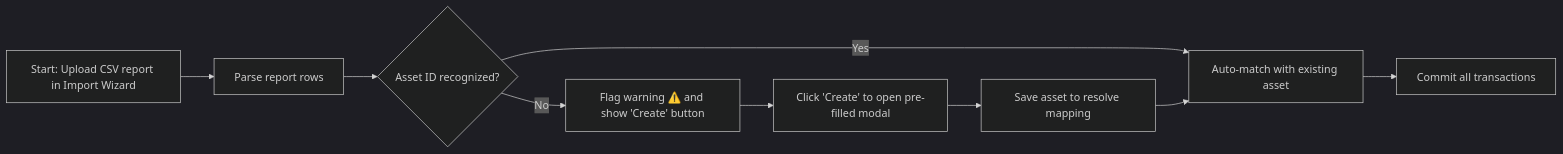
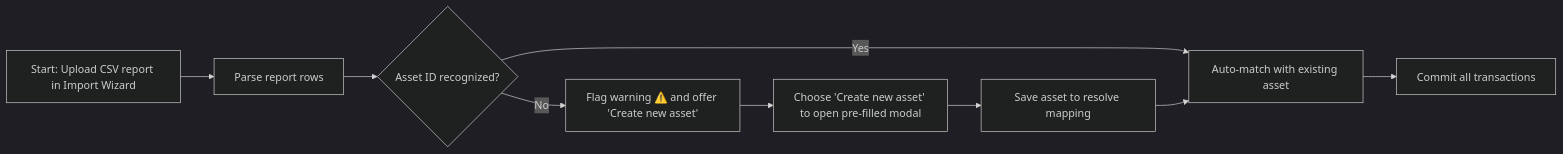
Before and after one commit to Librefolio/LibreFolio: the second of 2 diagrams in mkdocs_src/docs/user/assets/create-edit.en.md, drawn with Mermaid (dark theme). The commit also changed other lines of this file and 40 other files, not shown here.

````diff
--- a/mkdocs_src/docs/user/assets/create-edit.en.md
+++ b/mkdocs_src/docs/user/assets/create-edit.en.md
@@ -28,11 +33,11 @@
     ```mermaid
     flowchart LR
         A[Start: Upload CSV report in Import Wizard] --> B[Parse report rows]
         B --> C{Asset ID recognized?}
         C -->|Yes| D[Auto-match with existing asset]
-        C -->|No| E[Flag warning ⚠️ and show 'Create' button]
-        E --> F[Click 'Create' to open pre-filled modal]
+        C -->|No| E[Flag warning ⚠️ and offer 'Create new asset']
+        E --> F[Choose 'Create new asset' to open pre-filled modal]
         F --> G[Save asset to resolve mapping]
         G --> D
         D --> H[Commit all transactions]
     ```
````
